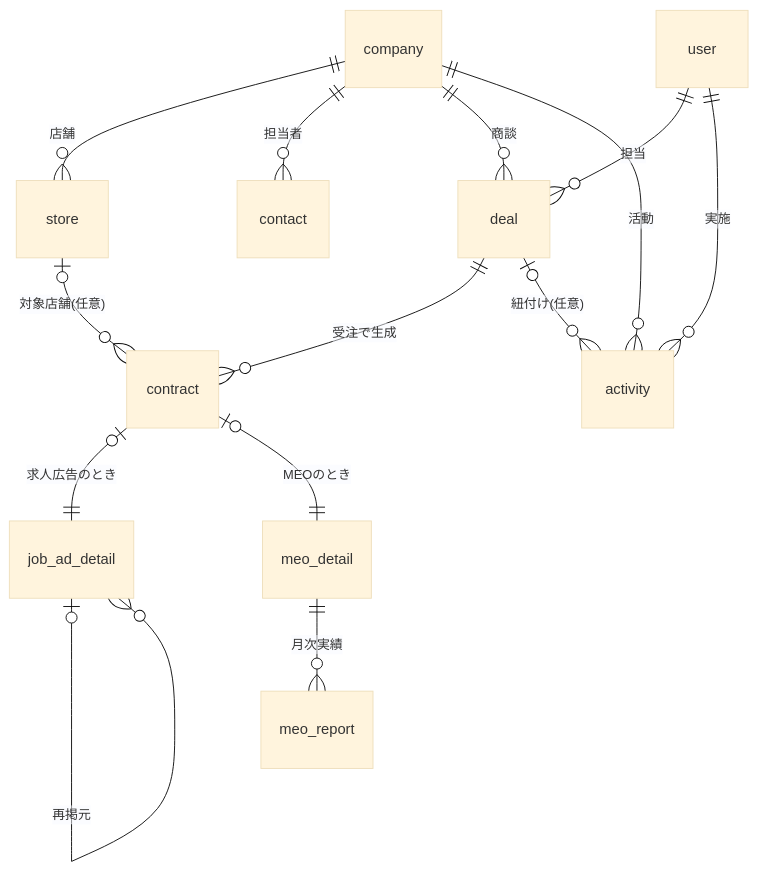
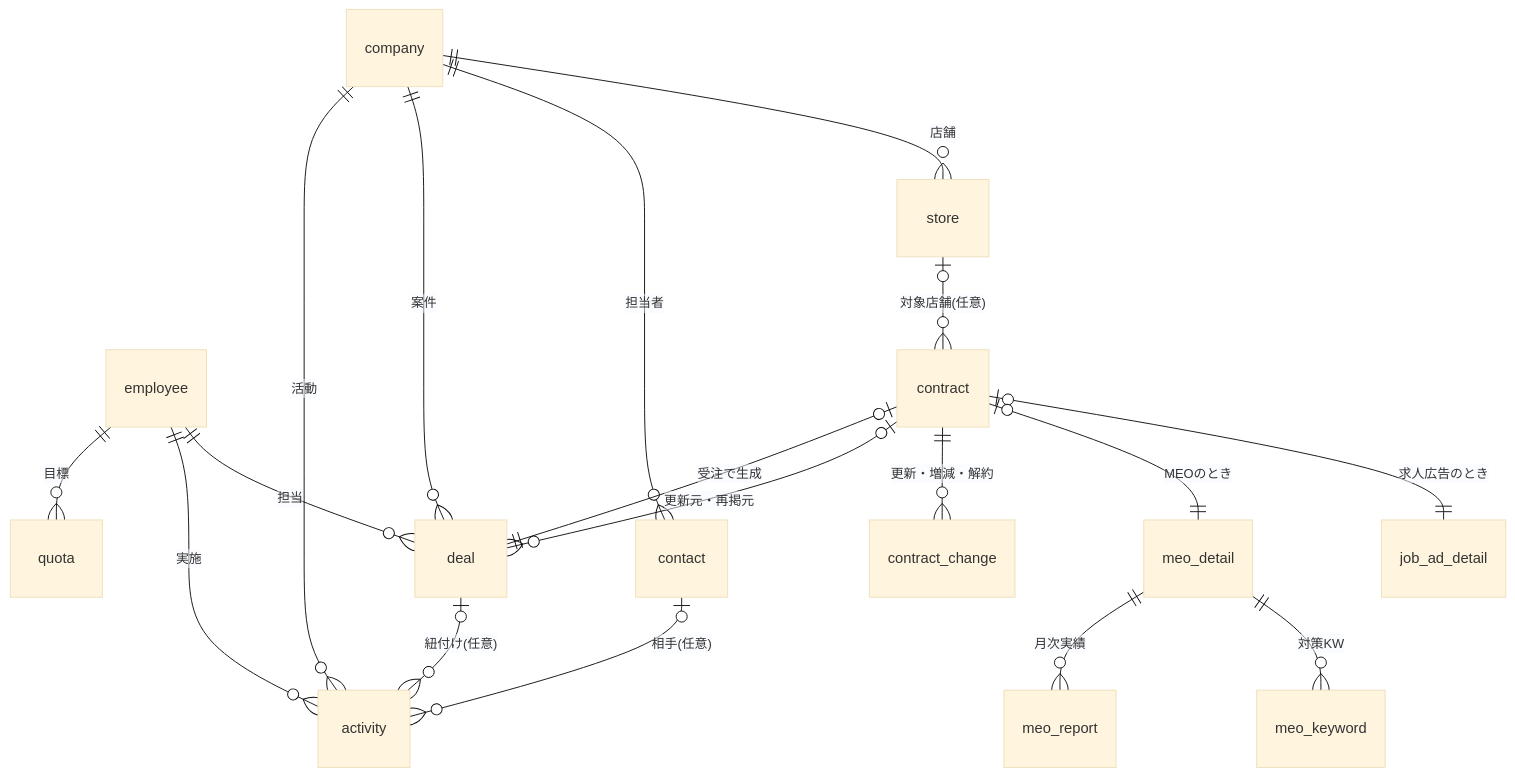
The first of 4 diagrams in docs/domain-model.md (okayus/alt-kintone), drawn with Mermaid (base theme) before and after one commit. The commit also changed other lines of this file and 3 other files, not shown here.

````diff
--- a/docs/domain-model.md
+++ b/docs/domain-model.md
@@ -33,16 +71,20 @@
 ```mermaid
 erDiagram
     company ||--o{ store : "店舗"
     company ||--o{ contact : "担当者"
-    company ||--o{ deal : "商談"
+    company ||--o{ deal : "案件"
     company ||--o{ activity : "活動"
-    user ||--o{ deal : "担当"
-    user ||--o{ activity : "実施"
-    deal ||--o{ contract : "受注で生成"
+    employee ||--o{ deal : "担当"
+    employee ||--o{ activity : "実施"
+    employee ||--o{ quota : "目標"
+    deal ||--o| contract : "受注で生成"
     deal o|--o{ activity : "紐付け(任意)"
+    contact o|--o{ activity : "相手(任意)"
     contract |o--|| job_ad_detail : "求人広告のとき"
     contract |o--|| meo_detail : "MEOのとき"
+    meo_detail ||--o{ meo_keyword : "対策KW"
+    contract ||--o{ contract_change : "更新・増減・解約"
     store |o--o{ contract : "対象店舗(任意)"
     meo_detail ||--o{ meo_report : "月次実績"
-    job_ad_detail |o--o{ job_ad_detail : "再掲元"
+    contract |o--o{ deal : "更新元・再掲元"
 ```
````
